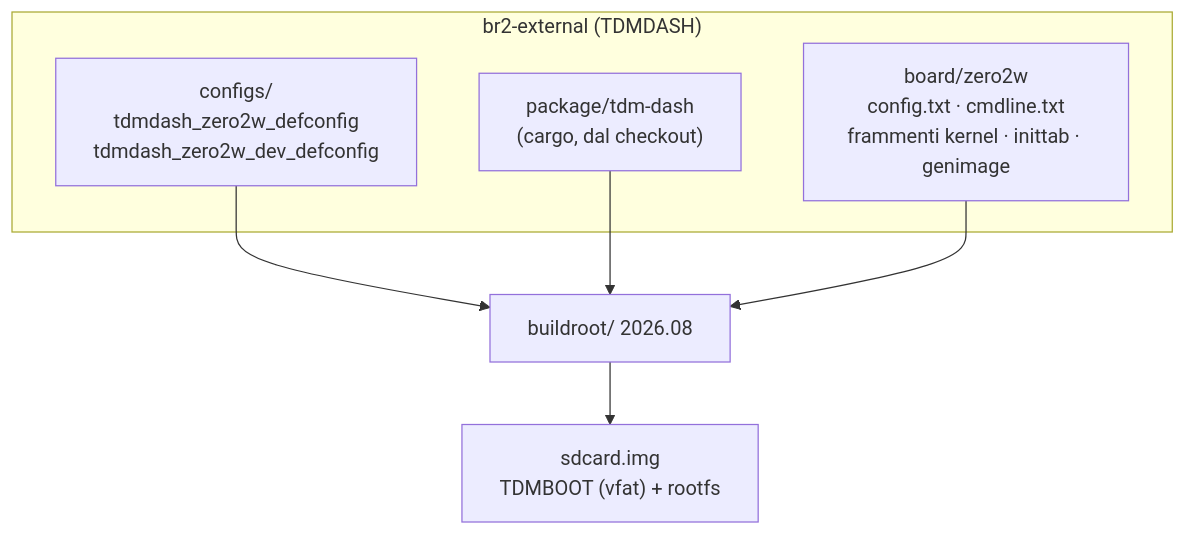
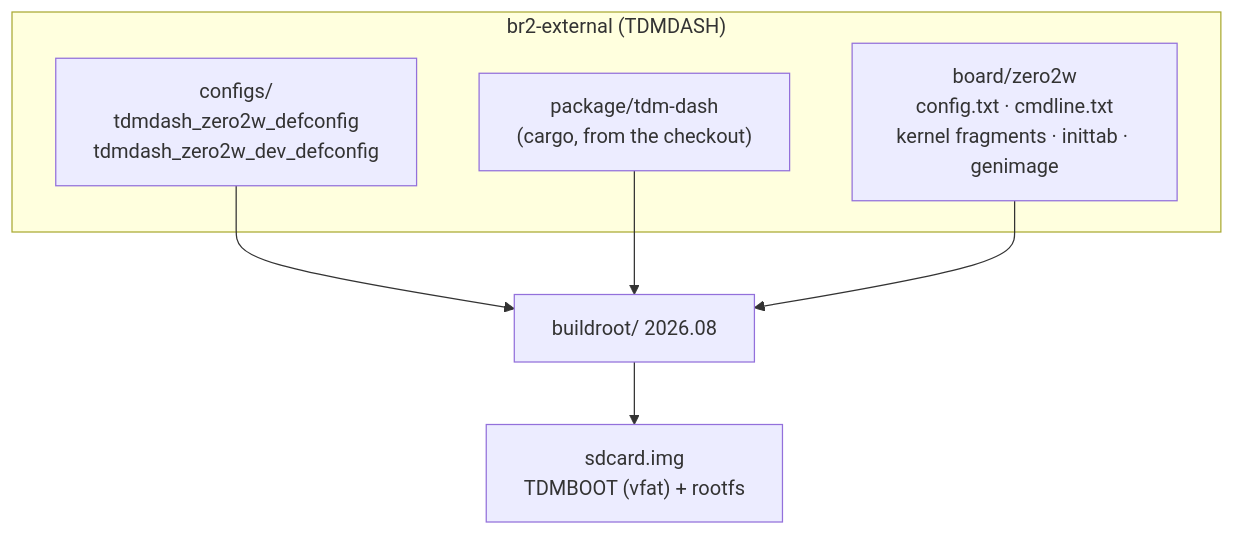
The diagram in os/README.md (frascella-dev/tdm-dash), drawn with Mermaid before and after one commit. The commit also changed other lines of this file and 183 other files, not shown here.

````diff
--- a/os/README.md
+++ b/os/README.md
@@ -20,12 +20,12 @@
 ```mermaid
 flowchart TB
   subgraph EXT["br2-external (TDMDASH)"]
     C["configs/<br/>tdmdash_zero2w_defconfig<br/>tdmdash_zero2w_dev_defconfig"]
-    P["package/tdm-dash<br/>(cargo, dal checkout)"]
-    B["board/zero2w<br/>config.txt · cmdline.txt<br/>frammenti kernel · inittab · genimage"]
+    P["package/tdm-dash<br/>(cargo, from the checkout)"]
+    B["board/zero2w<br/>config.txt · cmdline.txt<br/>kernel fragments · inittab · genimage"]
   end
   BR["buildroot/ 2026.08"] --> IMG["sdcard.img<br/>TDMBOOT (vfat) + rootfs"]
   C --> BR
   P --> BR
   B --> BR
 ```
````
